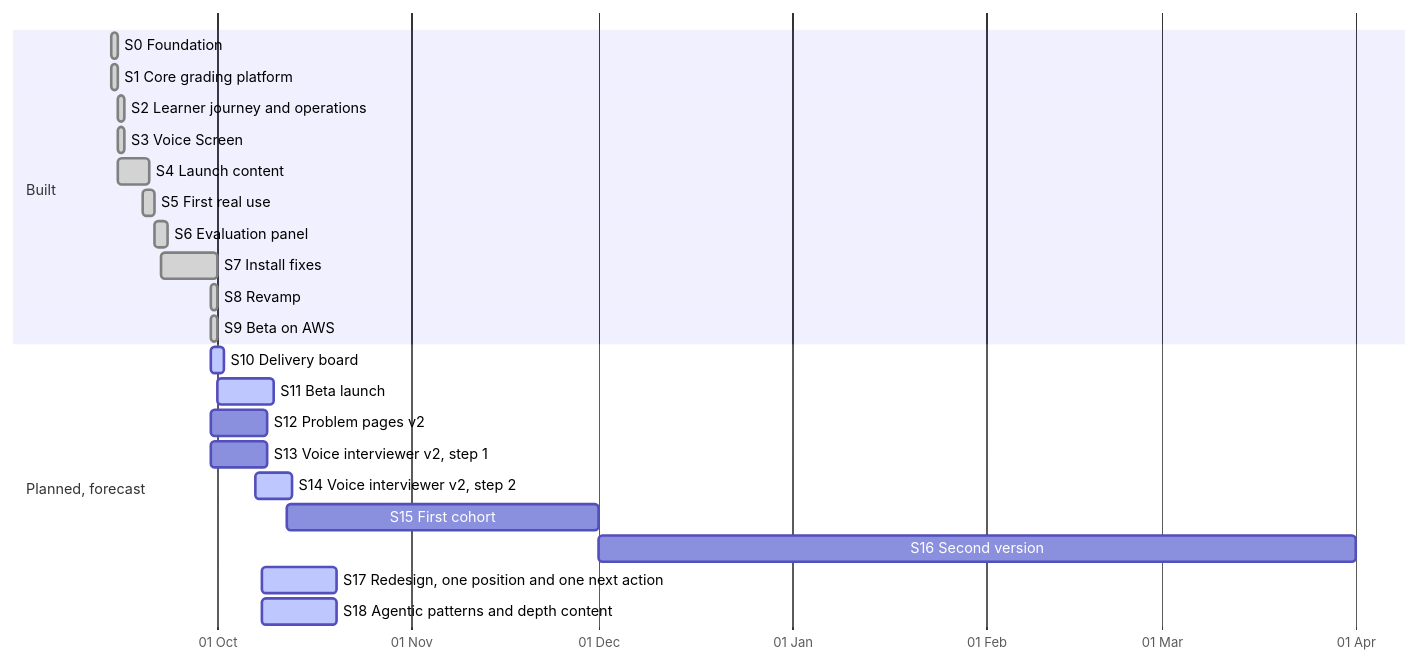
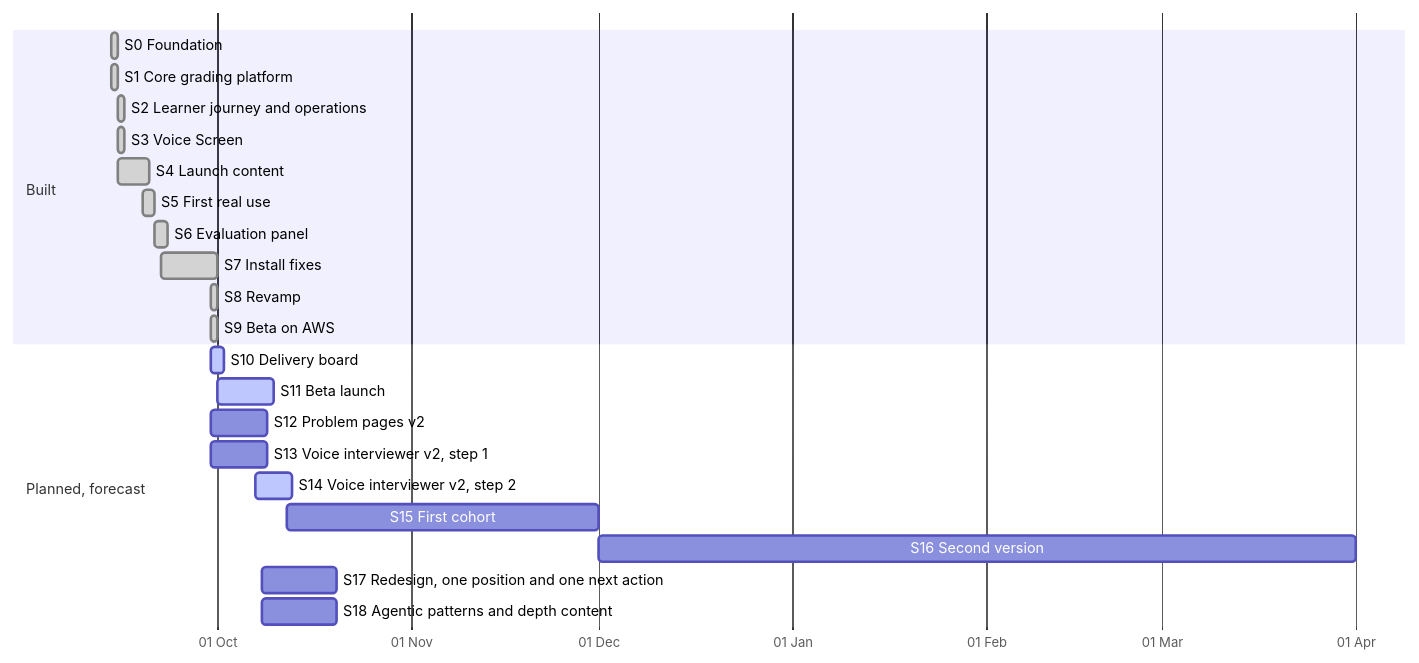
One commit to fde-academy-lab/fdeprep changed the diagram in docs/project/README.md. Above: the diagram before and after it, drawn with Mermaid. The commit also changed 14 other files, not shown here.

````diff
--- a/docs/project/README.md
+++ b/docs/project/README.md
@@ -28,26 +28,26 @@
 ```mermaid
 gantt
   dateFormat YYYY-MM-DD
   axisFormat %d %b
   section Built
   S0 Foundation :done, s0, 2026-09-14, 1d
   S1 Core grading platform :done, s1, 2026-09-14, 1d
   S2 Learner journey and operations :done, s2, 2026-09-15, 1d
   S3 Voice Screen :done, s3, 2026-09-15, 1d
   S4 Launch content :done, s4, 2026-09-15, 5d
   S5 First real use :done, s5, 2026-09-19, 2d
   S6 Evaluation panel :done, s6, 2026-09-21, 2d
   S7 Install fixes :done, s7, 2026-09-22, 9d
   S8 Revamp :done, s8, 2026-09-30, 1d
   S9 Beta on AWS :done, s9, 2026-09-30, 1d
   section Planned, forecast
   S10 Delivery board :active, s10, 2026-09-30, 2d
   S11 Beta launch :active, s11, 2026-10-01, 9d
   S12 Problem pages v2 :s12, 2026-09-30, 9d
   S13 Voice interviewer v2, step 1 :s13, 2026-09-30, 9d
   S14 Voice interviewer v2, step 2 :active, s14, 2026-10-07, 6d
   S15 First cohort :s15, 2026-10-12, 50d
   S16 Second version :s16, 2026-12-01, 121d
-  S17 Redesign, one position and one next action :active, s17, 2026-10-08, 12d
-  S18 Agentic patterns and depth content :active, s18, 2026-10-08, 12d
+  S17 Redesign, one position and one next action :s17, 2026-10-08, 12d
+  S18 Agentic patterns and depth content :s18, 2026-10-08, 12d
 ```
````
